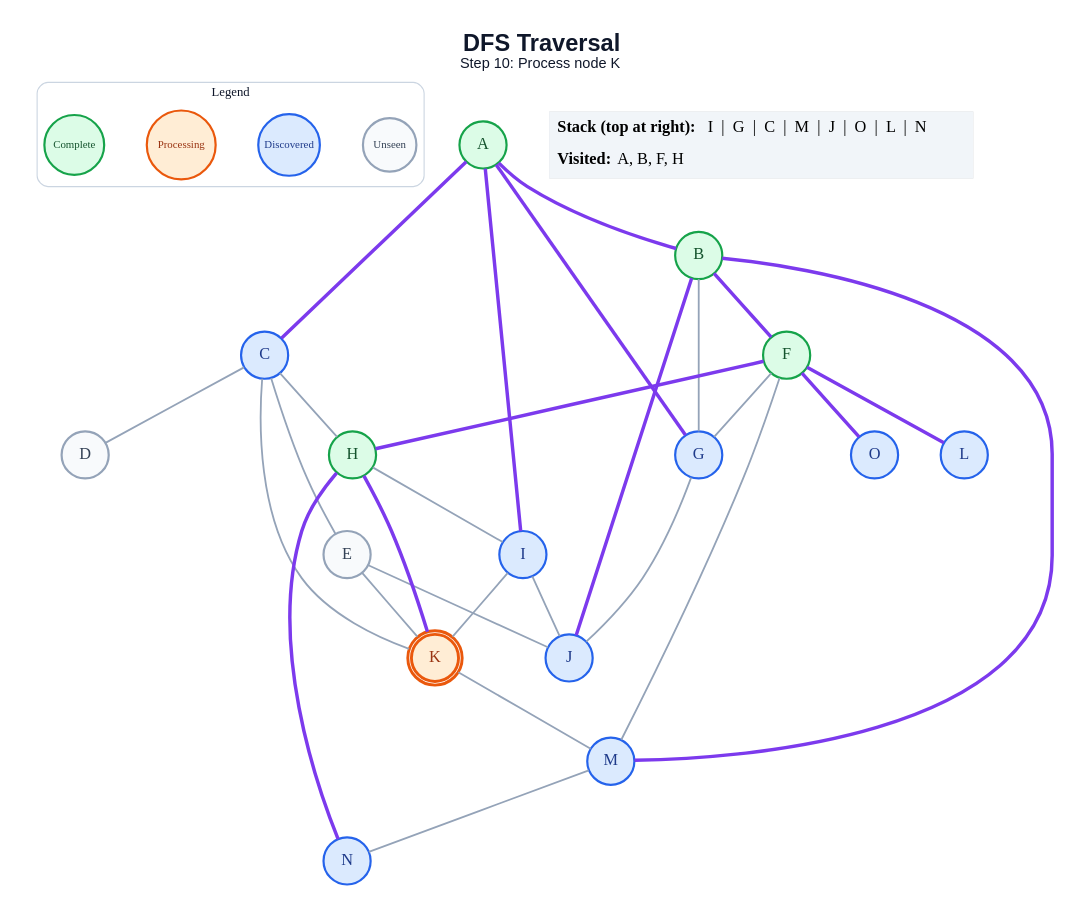
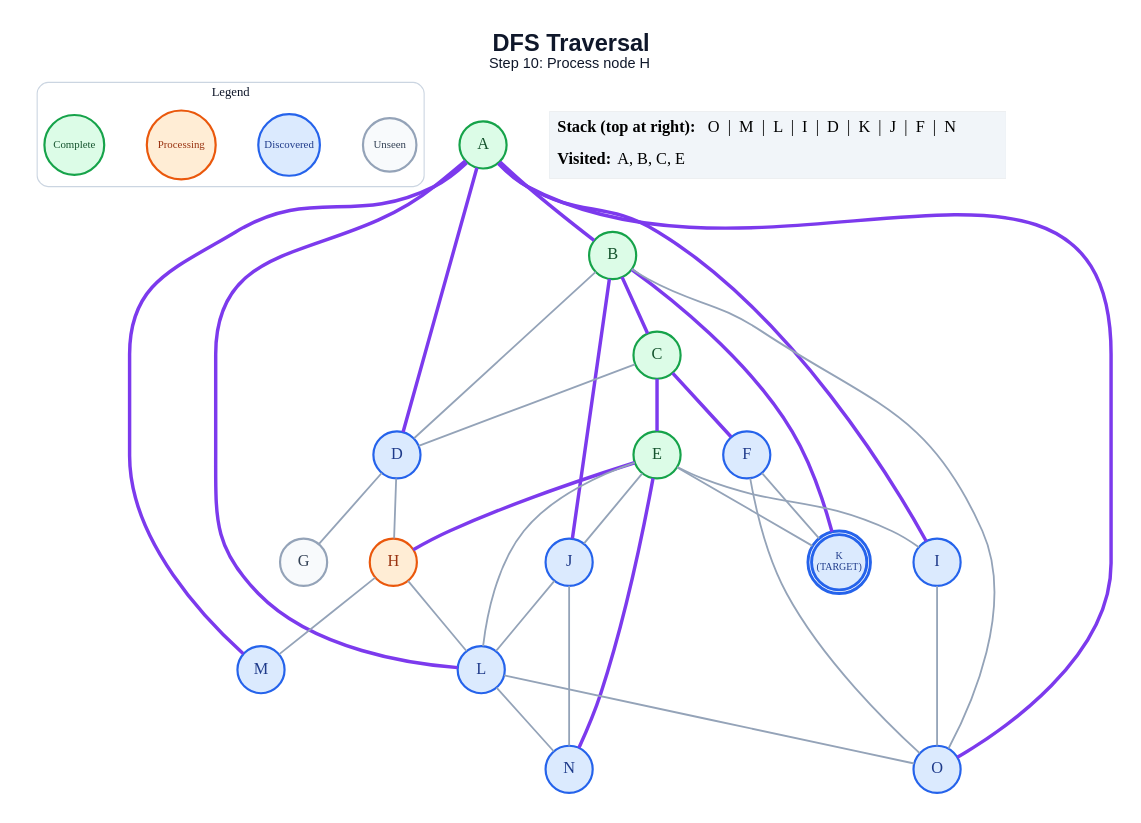
Before and after one commit to anon7238593-create/ai-slop: the diagram in generated/dfs/step_10.dot, drawn with Graphviz. The commit also changed 223 other files, not shown here.

```diff
--- a/generated/dfs/step_10.dot
+++ b/generated/dfs/step_10.dot
@@ -1,61 +1,65 @@
 graph traversal {
   graph [layout=dot, rankdir=TB, bgcolor="#FFFFFF", pad="0.35", nodesep="0.65", ranksep="0.8", fontname="Arial"];
   node [shape=circle, style="filled", fontname="Arial Bold", fontsize=18, width=0.72, fixedsize=true, penwidth=2.4];
   edge [color="#94A3B8", penwidth=2.0];
-  label=<<B>DFS Traversal</B><BR/><FONT POINT-SIZE="16">Step 10: Process node K</FONT>>; labelloc="t"; fontsize=26; fontname="Arial"; fontcolor="#0F172A";
+  label=<<B>DFS Traversal</B><BR/><FONT POINT-SIZE="16">Step 10: Process node H</FONT>>; labelloc="t"; fontsize=26; fontname="Arial"; fontcolor="#0F172A";
   subgraph cluster_legend { label="Legend"; color="#CBD5E1"; penwidth=1.2; style="rounded"; fontsize=14; fontname="Arial Bold";
     key_unseen [label="Unseen", fillcolor="#F8FAFC", color="#94A3B8", fontcolor="#334155", fontsize=12, width=0.82];
     key_frontier [label="Discovered", fillcolor="#DBEAFE", color="#2563EB", fontcolor="#1E3A8A", fontsize=12, width=0.95];
     key_current [label="Processing", fillcolor="#FFEDD5", color="#EA580C", fontcolor="#9A3412", fontsize=12, width=1.05];
     key_done [label="Complete", fillcolor="#DCFCE7", color="#16A34A", fontcolor="#14532D", fontsize=12, width=0.92];
     { rank=same; key_unseen; key_frontier; key_current; key_done; }
   }
   A [label="A", fillcolor="#DCFCE7", color="#16A34A", fontcolor="#14532D", peripheries=1, penwidth=2.4];
   B [label="B", fillcolor="#DCFCE7", color="#16A34A", fontcolor="#14532D", peripheries=1, penwidth=2.4];
-  C [label="C", fillcolor="#DBEAFE", color="#2563EB", fontcolor="#1E3A8A", peripheries=1, penwidth=2.4];
-  D [label="D", fillcolor="#F8FAFC", color="#94A3B8", fontcolor="#334155", peripheries=1, penwidth=2.4];
-  E [label="E", fillcolor="#F8FAFC", color="#94A3B8", fontcolor="#334155", peripheries=1, penwidth=2.4];
-  F [label="F", fillcolor="#DCFCE7", color="#16A34A", fontcolor="#14532D", peripheries=1, penwidth=2.4];
-  G [label="G", fillcolor="#DBEAFE", color="#2563EB", fontcolor="#1E3A8A", peripheries=1, penwidth=2.4];
-  H [label="H", fillcolor="#DCFCE7", color="#16A34A", fontcolor="#14532D", peripheries=1, penwidth=2.4];
+  C [label="C", fillcolor="#DCFCE7", color="#16A34A", fontcolor="#14532D", peripheries=1, penwidth=2.4];
+  D [label="D", fillcolor="#DBEAFE", color="#2563EB", fontcolor="#1E3A8A", peripheries=1, penwidth=2.4];
+  E [label="E", fillcolor="#DCFCE7", color="#16A34A", fontcolor="#14532D", peripheries=1, penwidth=2.4];
+  F [label="F", fillcolor="#DBEAFE", color="#2563EB", fontcolor="#1E3A8A", peripheries=1, penwidth=2.4];
+  G [label="G", fillcolor="#F8FAFC", color="#94A3B8", fontcolor="#334155", peripheries=1, penwidth=2.4];
+  H [label="H", fillcolor="#FFEDD5", color="#EA580C", fontcolor="#9A3412", peripheries=1, penwidth=2.4];
   I [label="I", fillcolor="#DBEAFE", color="#2563EB", fontcolor="#1E3A8A", peripheries=1, penwidth=2.4];
   J [label="J", fillcolor="#DBEAFE", color="#2563EB", fontcolor="#1E3A8A", peripheries=1, penwidth=2.4];
-  K [label="K", fillcolor="#FFEDD5", color="#EA580C", fontcolor="#9A3412", peripheries=2, penwidth=3.2];
+  K [label="K\n(TARGET)", fillcolor="#DBEAFE", color="#2563EB", fontcolor="#1E3A8A", peripheries=2, penwidth=3.2, fontsize=11, width=0.85, height=0.85];
   L [label="L", fillcolor="#DBEAFE", color="#2563EB", fontcolor="#1E3A8A", peripheries=1, penwidth=2.4];
   M [label="M", fillcolor="#DBEAFE", color="#2563EB", fontcolor="#1E3A8A", peripheries=1, penwidth=2.4];
   N [label="N", fillcolor="#DBEAFE", color="#2563EB", fontcolor="#1E3A8A", peripheries=1, penwidth=2.4];
   O [label="O", fillcolor="#DBEAFE", color="#2563EB", fontcolor="#1E3A8A", peripheries=1, penwidth=2.4];
   A -- B [color="#7C3AED", penwidth=3.8];
-  A -- C [color="#7C3AED", penwidth=3.8];
-  A -- G [color="#7C3AED", penwidth=3.8];
+  A -- D [color="#7C3AED", penwidth=3.8];
   A -- I [color="#7C3AED", penwidth=3.8];
-  B -- F [color="#7C3AED", penwidth=3.8];
-  B -- G;
+  A -- L [color="#7C3AED", penwidth=3.8];
+  A -- M [color="#7C3AED", penwidth=3.8];
+  A -- O [color="#7C3AED", penwidth=3.8];
+  B -- C [color="#7C3AED", penwidth=3.8];
+  B -- D;
   B -- J [color="#7C3AED", penwidth=3.8];
-  B -- M [color="#7C3AED", penwidth=3.8];
+  B -- K [color="#7C3AED", penwidth=3.8];
+  B -- O;
   C -- D;
-  C -- E;
-  C -- H;
-  C -- K;
+  C -- E [color="#7C3AED", penwidth=3.8];
+  C -- F [color="#7C3AED", penwidth=3.8];
+  D -- G;
+  D -- H;
+  E -- H [color="#7C3AED", penwidth=3.8];
+  E -- I;
   E -- J;
   E -- K;
-  F -- G;
-  F -- H [color="#7C3AED", penwidth=3.8];
-  F -- L [color="#7C3AED", penwidth=3.8];
-  F -- M;
-  F -- O [color="#7C3AED", penwidth=3.8];
-  G -- J;
-  H -- I;
-  H -- K [color="#7C3AED", penwidth=3.8];
-  H -- N [color="#7C3AED", penwidth=3.8];
-  I -- J;
-  I -- K;
-  K -- M;
-  M -- N;
+  E -- L;
+  E -- N [color="#7C3AED", penwidth=3.8];
+  F -- K;
+  F -- O;
+  H -- L;
+  H -- M;
+  I -- O;
+  J -- L;
+  J -- N;
+  L -- N;
+  L -- O;
   status [shape=plain, fixedsize=false, width=0, height=0, margin=0, label=<
     <TABLE BORDER="0" CELLBORDER="0" CELLPADDING="7" BGCOLOR="#F1F5F9">
-      <TR><TD ALIGN="LEFT"><B>Stack (top at right):</B> I  |  G  |  C  |  M  |  J  |  O  |  L  |  N</TD></TR>
-      <TR><TD ALIGN="LEFT"><B>Visited:</B> A, B, F, H</TD></TR>
+      <TR><TD ALIGN="LEFT"><B>Stack (top at right):</B> O  |  M  |  L  |  I  |  D  |  K  |  J  |  F  |  N</TD></TR>
+      <TR><TD ALIGN="LEFT"><B>Visited:</B> A, B, C, E</TD></TR>
     </TABLE>
   >];
 }
```
